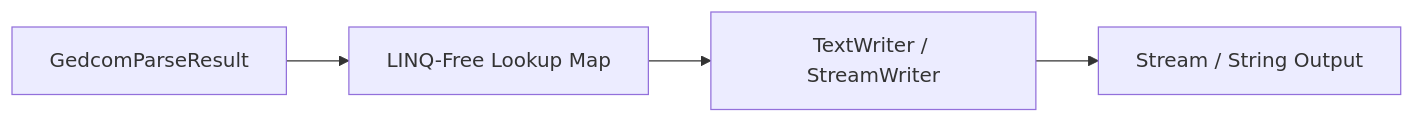
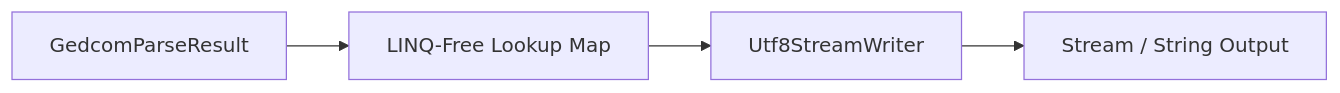
One commit to tafallen/gedcom-vector changed the second of 3 diagrams in docs/architecture.md. Above: the diagram before and after it, drawn with Mermaid. The commit also changed other lines of this file and 2 other files, not shown here.

````diff
--- a/docs/architecture.md
+++ b/docs/architecture.md
@@ -68,6 +65,6 @@
 ```mermaid
 graph LR
     ParseResult[GedcomParseResult] --> LookupPhase[LINQ-Free Lookup Map]
-    LookupPhase --> TextWriter[TextWriter / StreamWriter]
-    TextWriter --> Output[Stream / String Output]
+    LookupPhase --> Utf8Writer[Utf8StreamWriter]
+    Utf8Writer --> Output[Stream / String Output]
 ```
````
